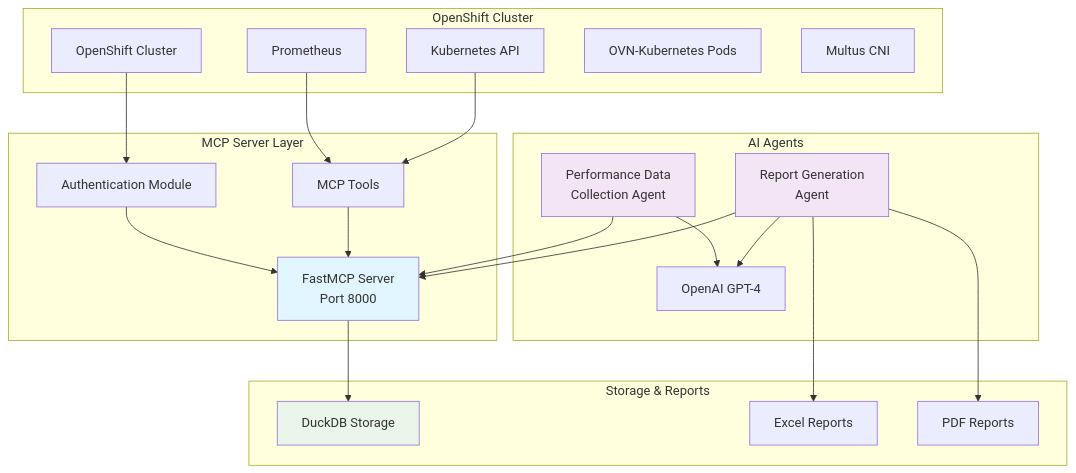
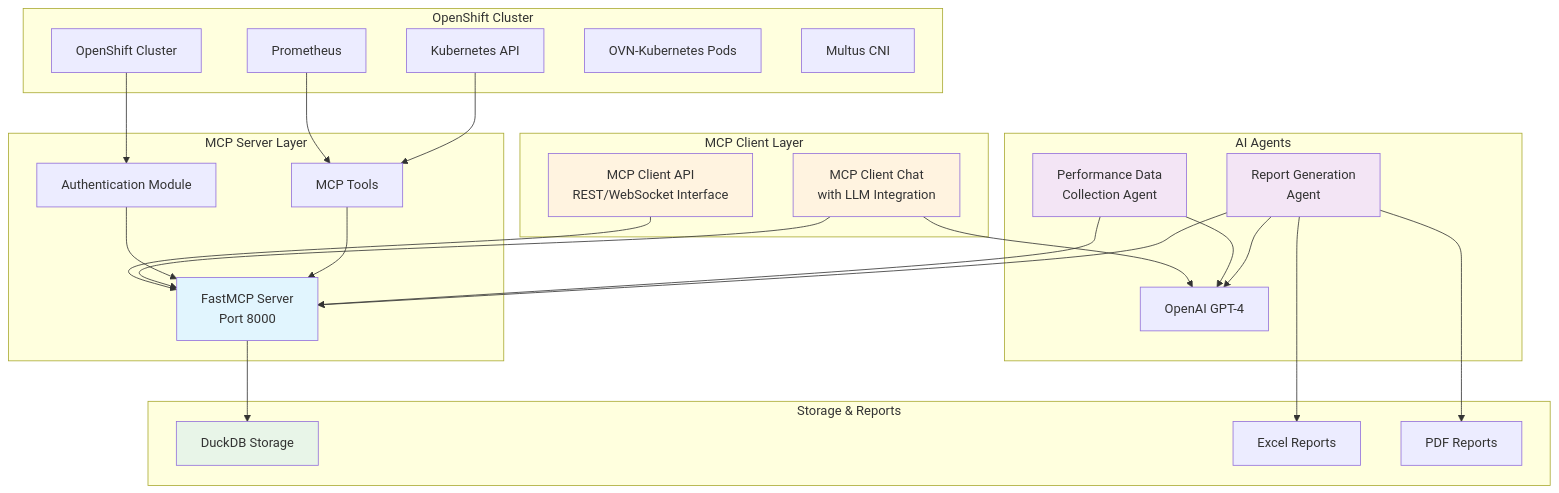
One commit to liqcui/ovnk-benchmark-mcp changed the diagram in README.md. Above: the diagram before and after it, drawn with Mermaid. The commit also changed other lines of this file, not shown here.

````diff
--- a/README.md
+++ b/README.md
@@ -7,48 +62,66 @@
 ```mermaid
 graph TB
     subgraph "OpenShift Cluster"
         OCP[OpenShift Cluster]
         PROM[Prometheus]
         KAPI[Kubernetes API]
         OVNK[OVN-Kubernetes Pods]
         MULTUS[Multus CNI]
+    end
+    
+    subgraph "MCP Client Layer"
+        CLIENT_API[MCP Client API<br/>REST/WebSocket Interface]
+        CLIENT_CHAT[MCP Client Chat<br/>with LLM Integration]
     end
     
     subgraph "MCP Server Layer"
         MCP[FastMCP Server<br/>Port 8000]
         AUTH[Authentication Module]
         TOOLS[MCP Tools]
     end
     
     subgraph "AI Agents"
         AGENT1[Performance Data<br/>Collection Agent]
         AGENT2[Report Generation<br/>Agent]
         LLM[OpenAI GPT-4]
     end
     
     subgraph "Storage & Reports"
         DUCK[DuckDB Storage]
         EXCEL[Excel Reports]
         PDF[PDF Reports]
     end
     
+    %% OpenShift to Server connections
     OCP --> AUTH
     PROM --> TOOLS
     KAPI --> TOOLS
+    
+    %% Client to Server connections
+    CLIENT_API --> MCP
+    CLIENT_CHAT --> MCP
+    CLIENT_CHAT --> LLM
+    
+    %% Server internal connections
     AUTH --> MCP
     TOOLS --> MCP
     
+    %% Agent connections
     AGENT1 --> MCP
     AGENT2 --> MCP
     AGENT1 --> LLM
     AGENT2 --> LLM
     
+    %% Storage connections
     MCP --> DUCK
     AGENT2 --> EXCEL
     AGENT2 --> PDF
     
+    %% Styling
+    style CLIENT_API fill:#fff3e0
+    style CLIENT_CHAT fill:#fff3e0
     style MCP fill:#e1f5fe
     style AGENT1 fill:#f3e5f5
     style AGENT2 fill:#f3e5f5
     style DUCK fill:#e8f5e8
 ```
````
